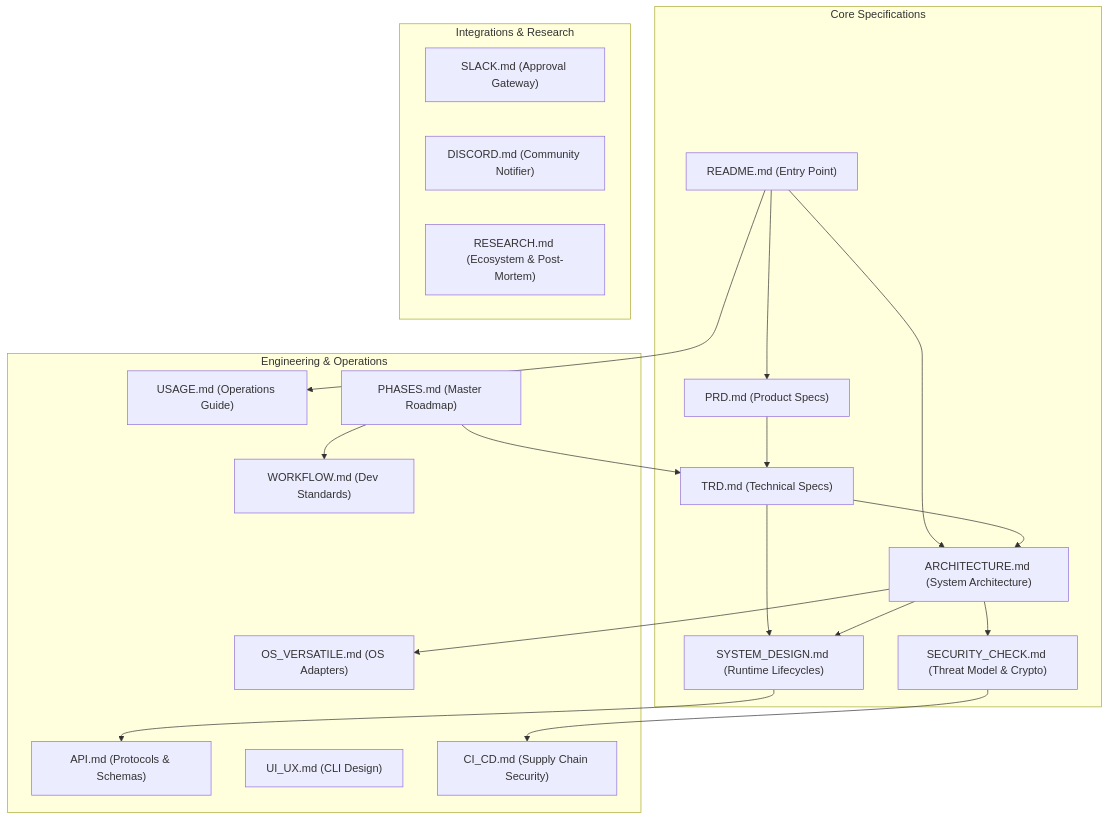
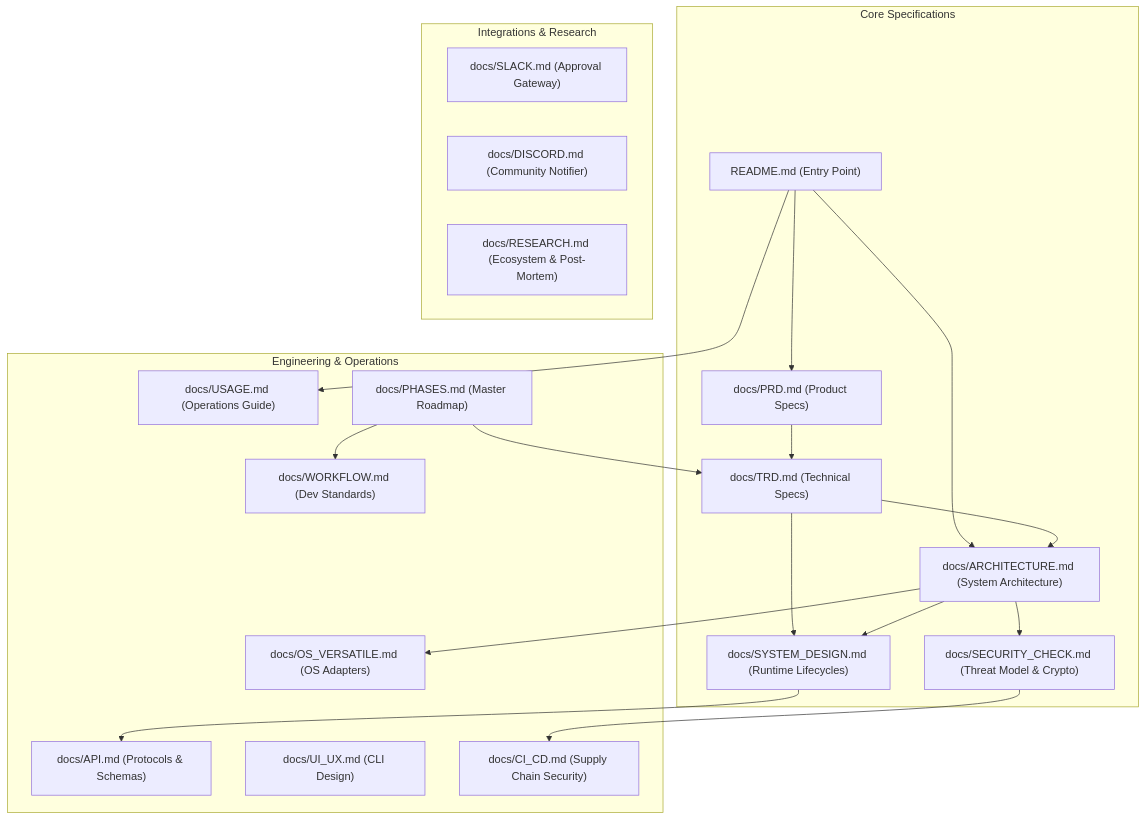
Before and after one commit to Subhadip-Paul2006/NETRA-Backend: the second of 2 diagrams in README.md, drawn with Mermaid. The commit also changed other lines of this file and 15 other files, not shown here.

Commit message:
docs: establish authoritative open-source academic architecture & technical specification suite

````diff
--- a/README.md
+++ b/README.md
@@ -135,35 +103,35 @@
 ```mermaid
 flowchart TD
     subgraph Core["Core Specifications"]
         README["README.md (Entry Point)"]
-        PRD["PRD.md (Product Specs)"]
-        TRD["TRD.md (Technical Specs)"]
-        ARCH["ARCHITECTURE.md (System Architecture)"]
-        SYS["SYSTEM_DESIGN.md (Runtime Lifecycles)"]
-        SEC["SECURITY_CHECK.md (Threat Model & Crypto)"]
+        PRD["docs/PRD.md (Product Specs)"]
+        TRD["docs/TRD.md (Technical Specs)"]
+        ARCH["docs/ARCHITECTURE.md (System Architecture)"]
+        SYS["docs/SYSTEM_DESIGN.md (Runtime Lifecycles)"]
+        SEC["docs/SECURITY_CHECK.md (Threat Model & Crypto)"]
     end
 
     subgraph Platform["Engineering & Operations"]
-        OS["OS_VERSATILE.md (OS Adapters)"]
-        API["API.md (Protocols & Schemas)"]
-        UI["UI_UX.md (CLI Design)"]
-        USAGE["USAGE.md (Operations Guide)"]
-        CICD["CI_CD.md (Supply Chain Security)"]
-        WORK["WORKFLOW.md (Dev Standards)"]
-        PHASES["PHASES.md (Master Roadmap)"]
+        OS["docs/OS_VERSATILE.md (OS Adapters)"]
+        API["docs/API.md (Protocols & Schemas)"]
+        UI["docs/UI_UX.md (CLI Design)"]
+        USAGE["docs/USAGE.md (Operations Guide)"]
+        CICD["docs/CI_CD.md (Supply Chain Security)"]
+        WORK["docs/WORKFLOW.md (Dev Standards)"]
+        PHASES["docs/PHASES.md (Master Roadmap)"]
     end
 
     subgraph Integrations["Integrations & Research"]
-        SLACK["SLACK.md (Approval Gateway)"]
-        DISCORD["DISCORD.md (Community Notifier)"]
-        RESEARCH["RESEARCH.md (Ecosystem & Post-Mortem)"]
+        SLACK["docs/SLACK.md (Approval Gateway)"]
+        DISCORD["docs/DISCORD.md (Community Notifier)"]
+        RESEARCH["docs/RESEARCH.md (Ecosystem & Post-Mortem)"]
     end
 
     README --> PRD & ARCH & USAGE
     PRD --> TRD
     TRD --> ARCH & SYS
     ARCH --> SYS & SEC & OS
     SYS --> API
     SEC --> CICD
     PHASES --> TRD & WORK
 ```
````
